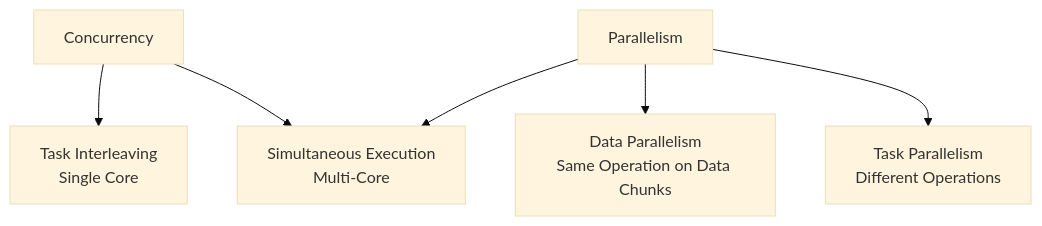
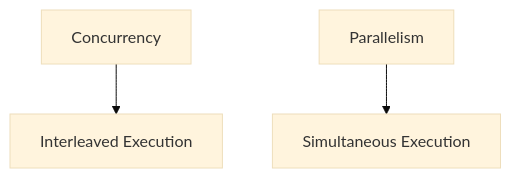
Before and after one commit to VrushankPatel/interview-matters: the diagram in concurrency-parallelism/README.md, drawn with Mermaid (base theme). The commit also changed other lines of this file and 5 other files, not shown here.

Commit message:
kb: update topics DevOps & Infrastructure as Code, Proxy forward and reverse, Concurrency & Parallelism, Database Indexing Best Practices, API Gateway Design

````diff
--- a/concurrency-parallelism/README.md
+++ b/concurrency-parallelism/README.md
@@ -133,8 +73,5 @@
 ```mermaid
-graph TD
-    A[Concurrency] --> B[Task Interleaving<br/>Single Core]
-    A --> C[Simultaneous Execution<br/>Multi-Core]
-    D[Parallelism] --> C
-    D --> E[Data Parallelism<br/>Same Operation on Data Chunks]
-    D --> F[Task Parallelism<br/>Different Operations]
+graph TD;
+    A[Concurrency] --> B[Interleaved Execution];
+    C[Parallelism] --> D[Simultaneous Execution];
 ```
````
